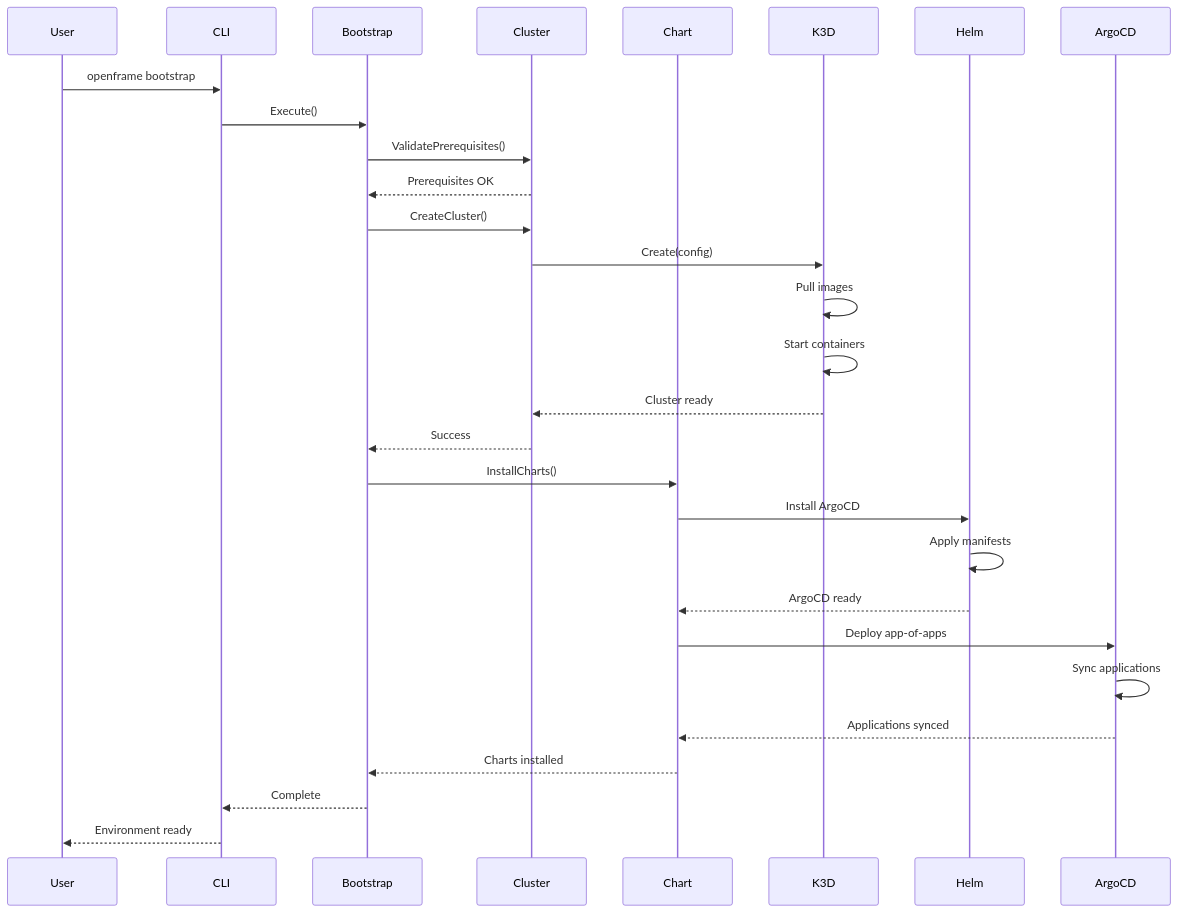
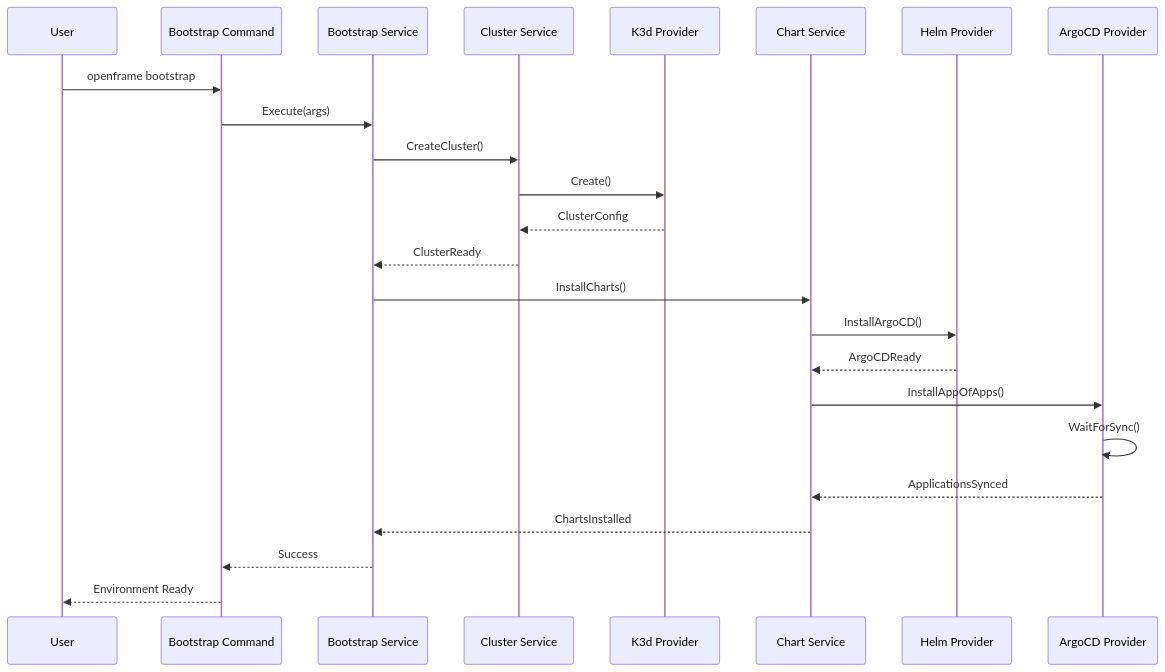
The fourth of 8 diagrams in docs/development/architecture/overview.md (flamingo-stack/openframe-cli), drawn with Mermaid before and after one commit. The commit also changed other lines of this file and 51 other files, not shown here.

````diff
--- a/docs/development/architecture/overview.md
+++ b/docs/development/architecture/overview.md
@@ -266,37 +230,31 @@
 ```mermaid
 sequenceDiagram
     participant User
-    participant CLI
-    participant Bootstrap
-    participant Cluster
-    participant Chart
-    participant K3D
-    participant Helm
-    participant ArgoCD
+    participant BootstrapCmd as Bootstrap Command
+    participant BootstrapSvc as Bootstrap Service
+    participant ClusterSvc as Cluster Service
+    participant K3dProvider as K3d Provider
+    participant ChartSvc as Chart Service
+    participant HelmProvider as Helm Provider
+    participant ArgoCDProvider as ArgoCD Provider
     
-    User->>CLI: openframe bootstrap
-    CLI->>Bootstrap: Execute()
+    User->>BootstrapCmd: openframe bootstrap
+    BootstrapCmd->>BootstrapSvc: Execute(args)
     
-    Bootstrap->>Cluster: ValidatePrerequisites()
-    Cluster-->>Bootstrap: Prerequisites OK
+    BootstrapSvc->>ClusterSvc: CreateCluster()
+    ClusterSvc->>K3dProvider: Create()
+    K3dProvider-->>ClusterSvc: ClusterConfig
+    ClusterSvc-->>BootstrapSvc: ClusterReady
     
-    Bootstrap->>Cluster: CreateCluster()
-    Cluster->>K3D: Create(config)
-    K3D->>K3D: Pull images
-    K3D->>K3D: Start containers
-    K3D-->>Cluster: Cluster ready
-    Cluster-->>Bootstrap: Success
+    BootstrapSvc->>ChartSvc: InstallCharts()
+    ChartSvc->>HelmProvider: InstallArgoCD()
+    HelmProvider-->>ChartSvc: ArgoCDReady
     
-    Bootstrap->>Chart: InstallCharts()
-    Chart->>Helm: Install ArgoCD
-    Helm->>Helm: Apply manifests
-    Helm-->>Chart: ArgoCD ready
+    ChartSvc->>ArgoCDProvider: InstallAppOfApps()
+    ArgoCDProvider->>ArgoCDProvider: WaitForSync()
+    ArgoCDProvider-->>ChartSvc: ApplicationsSynced
+    ChartSvc-->>BootstrapSvc: ChartsInstalled
     
-    Chart->>ArgoCD: Deploy app-of-apps
-    ArgoCD->>ArgoCD: Sync applications
-    ArgoCD-->>Chart: Applications synced
-    Chart-->>Bootstrap: Charts installed
-    
-    Bootstrap-->>CLI: Complete
-    CLI-->>User: Environment ready
+    BootstrapSvc-->>BootstrapCmd: Success
+    BootstrapCmd-->>User: Environment Ready
 ```
````
